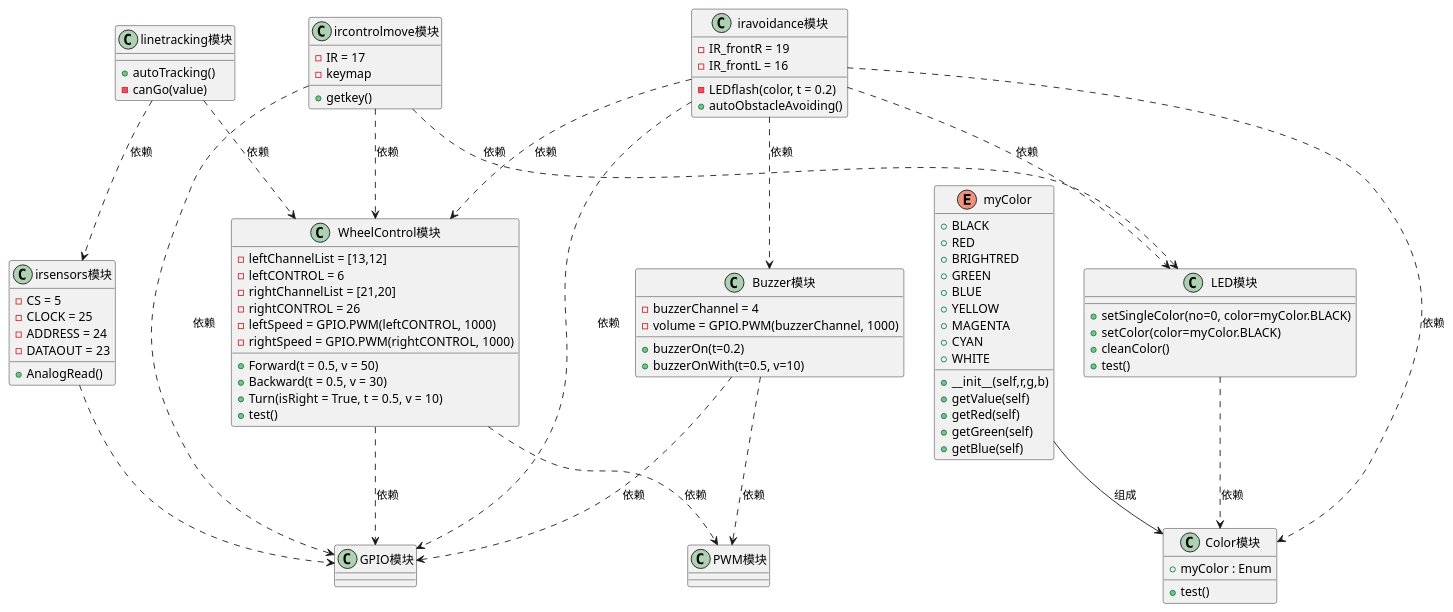
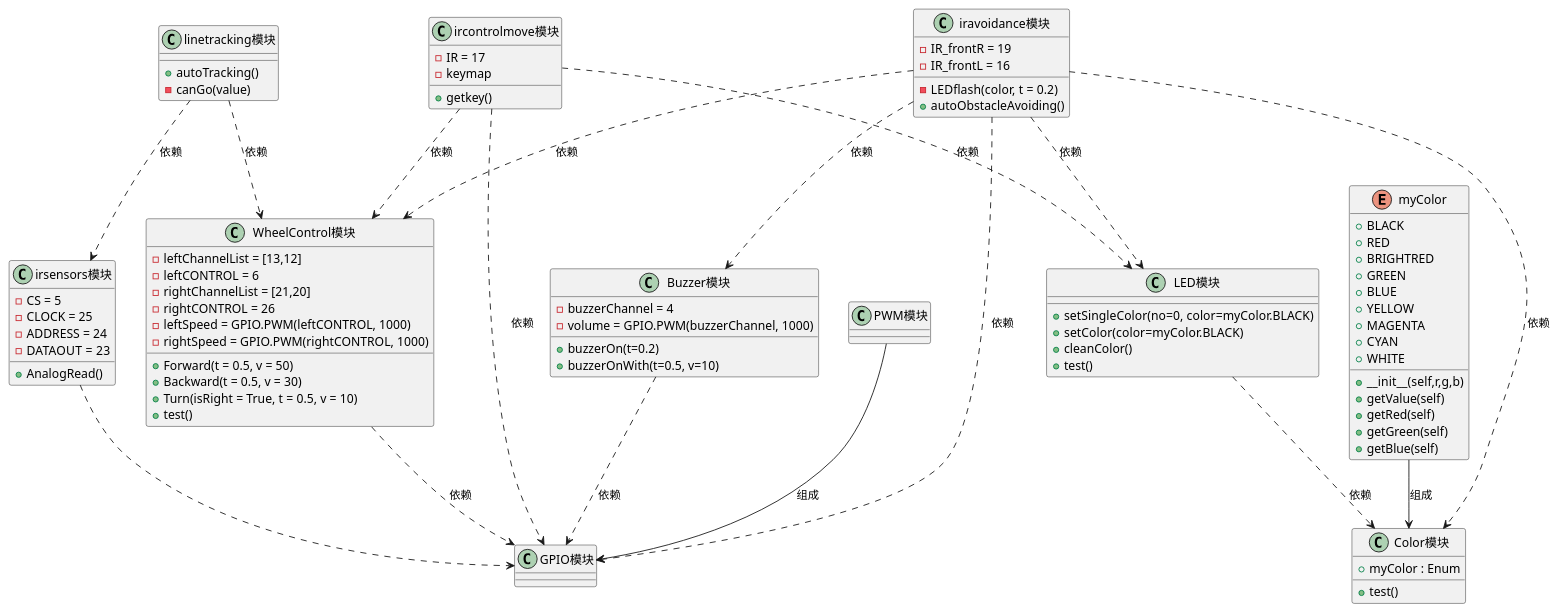
The diagram in class.pu (DDDDDebugger/Pithon), drawn with PlantUML before and after one commit. The commit also changed 1 other file, not shown here.

```diff
--- a/class.pu
+++ b/class.pu
@@ -1,102 +1,101 @@
 @startuml class diagram
 
 class GPIO模块
 
 class PWM模块
+PWM模块 --> GPIO模块: 组成
 
 class Buzzer模块{
     - buzzerChannel = 4
     - {field} volume = GPIO.PWM(buzzerChannel, 1000)
     + buzzerOn(t=0.2)
     + buzzerOnWith(t=0.5, v=10)
 }
 Buzzer模块 ..> GPIO模块: 依赖
-Buzzer模块 ..> PWM模块: 依赖
 
 class Color模块{
     + myColor : Enum
     + test()
 }
 
 Enum myColor{
     + BLACK
     + RED
     + BRIGHTRED
     + GREEN
     + BLUE
     + YELLOW
     + MAGENTA
     + CYAN
     + WHITE
     + __init__(self,r,g,b)
     + getValue(self)
     + getRed(self)
     + getGreen(self)
     + getBlue(self)
 }
 myColor --> Color模块: 组成
 
 class LED模块{
     + setSingleColor(no=0, color=myColor.BLACK)
     + setColor(color=myColor.BLACK)
     + cleanColor()
     + test()
 }
 LED模块 ..> Color模块: 依赖
 
 class WheelControl模块{
     - leftChannelList = [13,12]
     - leftCONTROL = 6
     - rightChannelList = [21,20]
     - rightCONTROL = 26
     - {field} leftSpeed = GPIO.PWM(leftCONTROL, 1000)
     - {field} rightSpeed = GPIO.PWM(rightCONTROL, 1000)
 
     + Forward(t = 0.5, v = 50)
     + Backward(t = 0.5, v = 30)
     + Turn(isRight = True, t = 0.5, v = 10)
     + test()
 }
 WheelControl模块 ..> GPIO模块: 依赖
-WheelControl模块 ..> PWM模块: 依赖
 
 class irsensors模块{
     - CS = 5
     - CLOCK = 25
     - ADDRESS = 24
     - DATAOUT = 23
     + AnalogRead()
 }
 irsensors模块 ..> GPIO模块
 
 class linetracking模块{
     + autoTracking()
     - canGo(value)
 }
 linetracking模块 ..> irsensors模块: 依赖
 linetracking模块 ..> WheelControl模块: 依赖
 
 class ircontrolmove模块{
     - IR = 17
     - keymap
 
     +getkey()
 }
 ircontrolmove模块 ..> GPIO模块: 依赖
 ircontrolmove模块 ..> LED模块: 依赖
 ircontrolmove模块 ..> WheelControl模块: 依赖
 
 class iravoidance模块{
     - IR_frontR = 19
     - IR_frontL = 16
 
     - LEDflash(color, t = 0.2)
     + autoObstacleAvoiding()
 }
 iravoidance模块 ..> GPIO模块: 依赖
 iravoidance模块 ..> Color模块: 依赖
 iravoidance模块 ..> LED模块: 依赖
 iravoidance模块 ..> Buzzer模块: 依赖
 iravoidance模块 ..> WheelControl模块: 依赖
 
 @enduml
```
